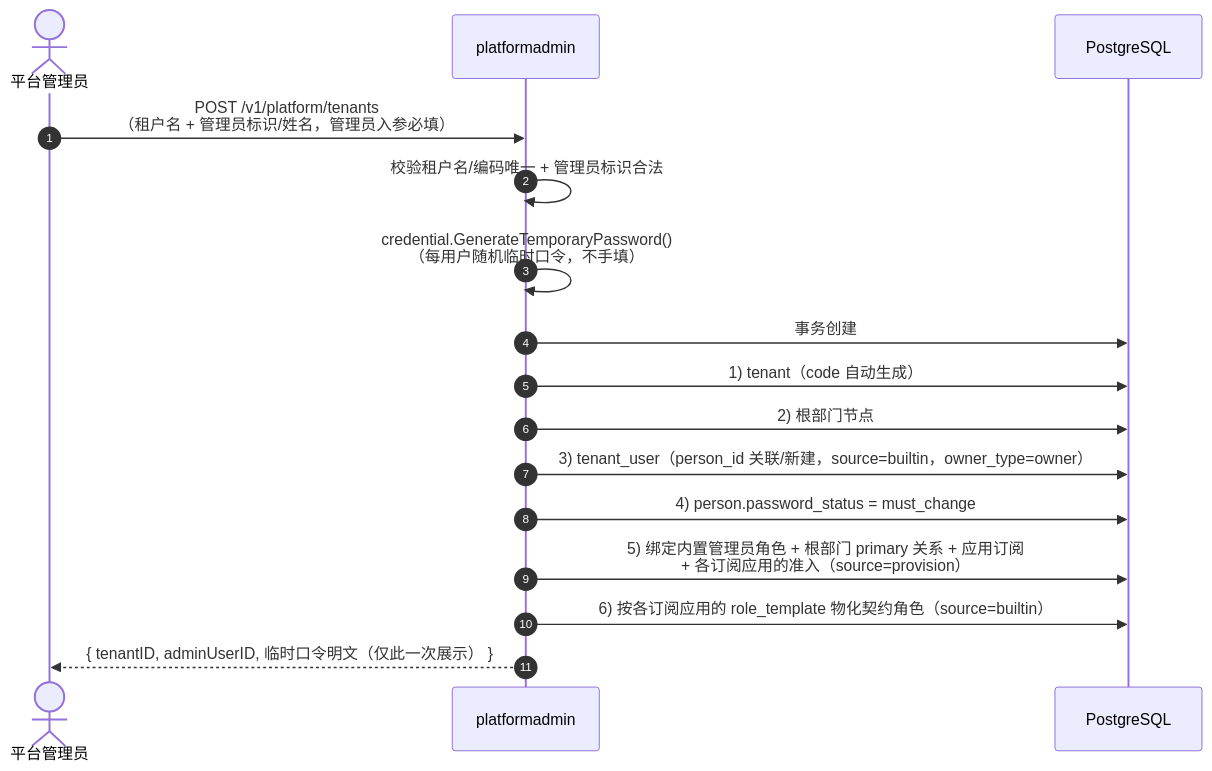
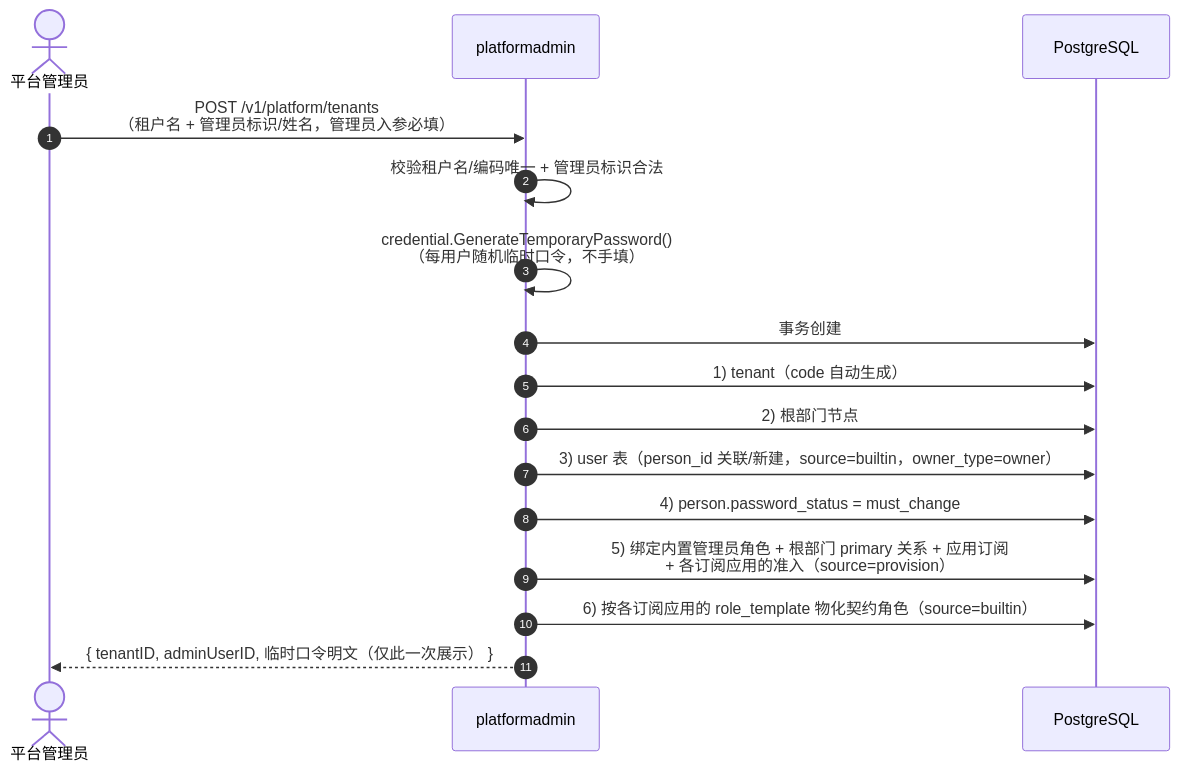
Diagram 12 of 15 in docs/design/system-design.md (morehao/ark-iam), drawn with Mermaid before and after one commit. The commit also changed other lines of this file and 247 other files, not shown here.

````diff
--- a/docs/design/system-design.md
+++ b/docs/design/system-design.md
@@ -870,19 +870,19 @@
 ```mermaid
 sequenceDiagram
     autonumber
     actor P as 平台管理员
     participant PA as platformadmin
     participant DB as PostgreSQL
 
     P->>PA: POST /v1/platform/tenants<br/>（租户名 + 管理员标识/姓名，管理员入参必填）
     PA->>PA: 校验租户名/编码唯一 + 管理员标识合法
     PA->>PA: credential.GenerateTemporaryPassword()<br/>（每用户随机临时口令，不手填）
     PA->>DB: 事务创建
     PA->>DB: 1) tenant（code 自动生成）
     PA->>DB: 2) 根部门节点
-    PA->>DB: 3) tenant_user（person_id 关联/新建，source=builtin，owner_type=owner）
+    PA->>DB: 3) user 表（person_id 关联/新建，source=builtin，owner_type=owner）
     PA->>DB: 4) person.password_status = must_change
     PA->>DB: 5) 绑定内置管理员角色 + 根部门 primary 关系 + 应用订阅<br/>+ 各订阅应用的准入（source=provision）
     PA->>DB: 6) 按各订阅应用的 role_template 物化契约角色（source=builtin）
     PA-->>P: { tenantID, adminUserID, 临时口令明文（仅此一次展示） }
 ```
````
